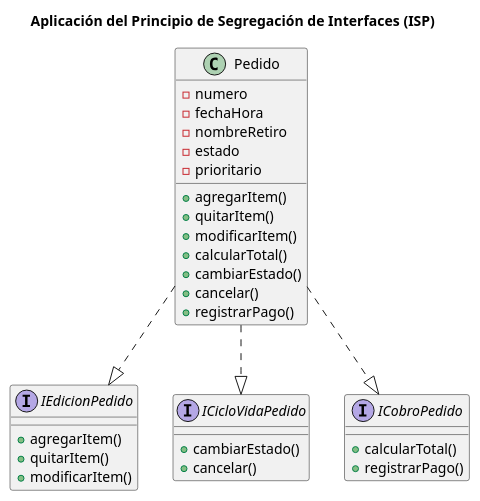
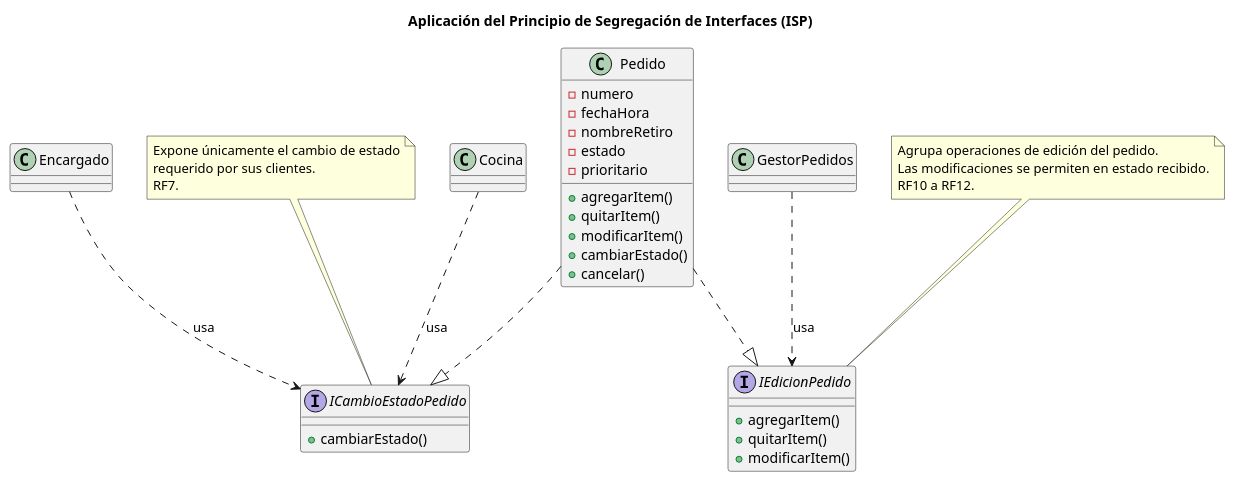
Before and after one commit to cmariano93-netizen/SistemaPedidos: the diagram in diagramas/01-diagrama-clases/01-solid-04-isp.puml, drawn with PlantUML. The commit also changed 3 other files, not shown here.

```diff
--- a/diagramas/01-diagrama-clases/01-solid-04-isp.puml
+++ b/diagramas/01-diagrama-clases/01-solid-04-isp.puml
@@ -1,40 +1,51 @@
 @startuml
 title Aplicación del Principio de Segregación de Interfaces (ISP)
 
 interface IEdicionPedido {
     + agregarItem()
     + quitarItem()
     + modificarItem()
 }
 
-interface ICicloVidaPedido {
+interface ICambioEstadoPedido {
     + cambiarEstado()
-    + cancelar()
-}
-
-interface ICobroPedido {
-    + calcularTotal()
-    + registrarPago()
 }
 
 class Pedido {
     - numero
     - fechaHora
     - nombreRetiro
     - estado
     - prioritario
 
     + agregarItem()
     + quitarItem()
     + modificarItem()
-    + calcularTotal()
     + cambiarEstado()
     + cancelar()
-    + registrarPago()
 }
 
+class GestorPedidos
+class Cocina
+class Encargado
+
 Pedido ..|> IEdicionPedido
-Pedido ..|> ICicloVidaPedido
-Pedido ..|> ICobroPedido
+Pedido ..|> ICambioEstadoPedido
+
+GestorPedidos ..> IEdicionPedido : usa
+Cocina ..> ICambioEstadoPedido : usa
+Encargado ..> ICambioEstadoPedido : usa
+
+note top of IEdicionPedido
+  Agrupa operaciones de edición del pedido.
+  Las modificaciones se permiten en estado recibido.
+  RF10 a RF12.
+end note
+
+note top of ICambioEstadoPedido
+  Expone únicamente el cambio de estado
+  requerido por sus clientes.
+  RF7.
+end note
 
 @enduml
```
